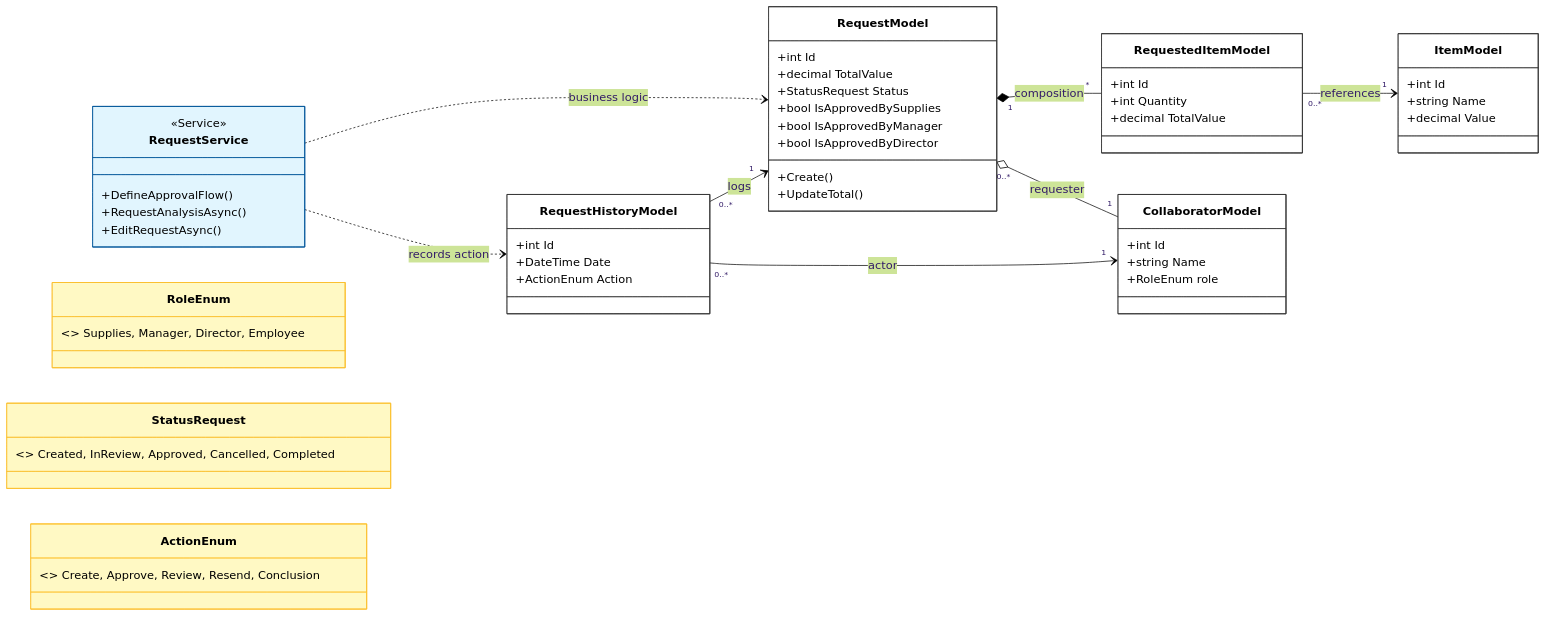
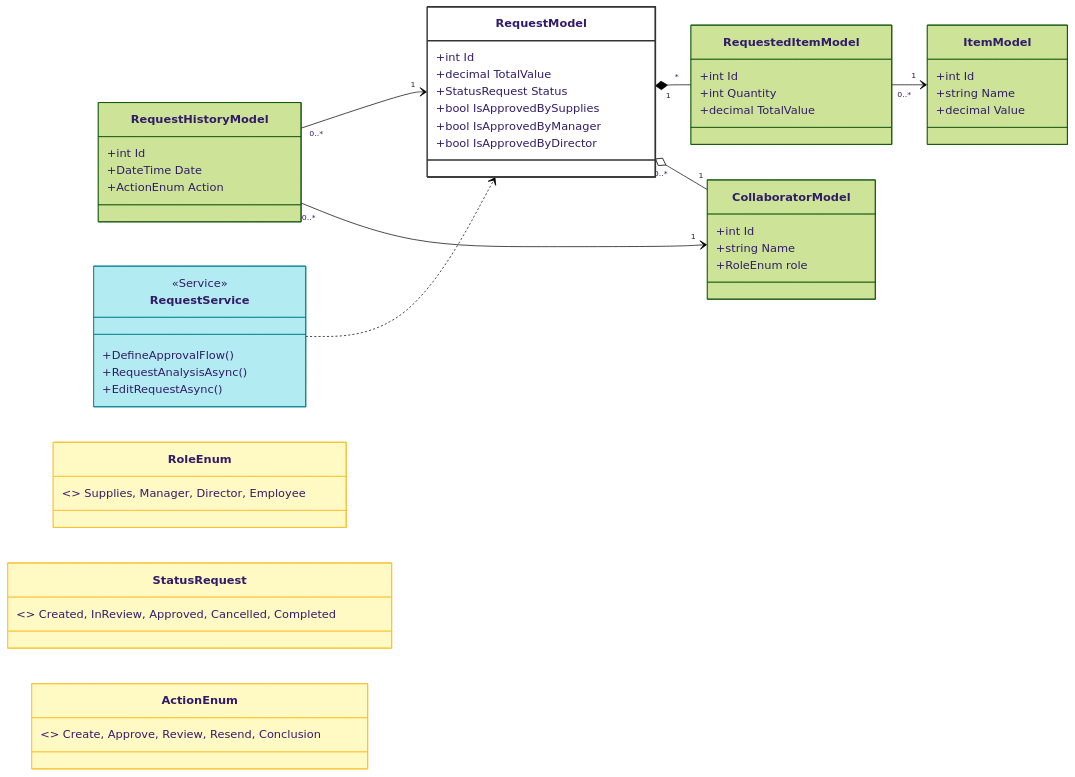
The second of 2 diagrams in README.md (PaulaMonteverde/DesafioiALL), drawn with Mermaid (forest theme) before and after one commit.

````diff
--- a/README.md
+++ b/README.md
@@ -62,76 +62,64 @@
 ```mermaid
 classDiagram
     direction LR
-
-    %% Configuração de Cores Customizadas
-    %% (Fundo branco, texto preto e bordas nítidas)
-    callback all "attr:style:fill:#ffffff,stroke:#333,stroke-width:2px,color:#000000"
 
     class CollaboratorModel {
         +int Id
         +string Name
         +RoleEnum role
     }
 
     class RequestModel {
         +int Id
         +decimal TotalValue
         +StatusRequest Status
         +bool IsApprovedBySupplies
         +bool IsApprovedByManager
         +bool IsApprovedByDirector
-        +Create() 
-        +UpdateTotal()
     }
 
     class RequestedItemModel {
         +int Id
         +int Quantity
         +decimal TotalValue
     }
 
     class ItemModel {
         +int Id
         +string Name
         +decimal Value
     }
 
     class RequestHistoryModel {
         +int Id
         +DateTime Date
         +ActionEnum Action
     }
 
     class RequestService {
         <<Service>>
         +DefineApprovalFlow()
         +RequestAnalysisAsync()
         +EditRequestAsync()
     }
 
-    %% Enums em linha para economizar espaço
+    %% Enums
     class RoleEnum { <<enumeration>> Supplies, Manager, Director, Employee }
     class StatusRequest { <<enumeration>> Created, InReview, Approved, Cancelled, Completed }
     class ActionEnum { <<enumeration>> Create, Approve, Review, Resend, Conclusion }
 
     %% Relacionamentos
-    RequestModel "1" *-- "*" RequestedItemModel : composition
-    RequestedItemModel "0..*" --> "1" ItemModel : references
-    RequestModel "0..*" o-- "1" CollaboratorModel : requester
-    RequestHistoryModel "0..*" --> "1" RequestModel : logs
-    RequestHistoryModel "0..*" --> "1" CollaboratorModel : actor
+    RequestModel "1" *-- "*" RequestedItemModel
+    RequestedItemModel "0..*" --> "1" ItemModel
+    RequestModel "0..*" o-- "1" CollaboratorModel
+    RequestHistoryModel "0..*" --> "1" RequestModel
+    RequestHistoryModel "0..*" --> "1" CollaboratorModel
+    RequestService ..> RequestModel
 
-    RequestService ..> RequestModel : business logic
-    RequestService ..> RequestHistoryModel : records action
-
-    %% Estilização manual para garantir leitura total
-    style RequestModel fill:#ffffff,stroke:#333,color:#000
-    style RequestService fill:#e1f5fe,stroke:#01579b,color:#000
-    style CollaboratorModel fill:#ffffff,stroke:#333,color:#000
-    style ItemModel fill:#ffffff,stroke:#333,color:#000
-    style RequestedItemModel fill:#ffffff,stroke:#333,color:#000
-    style RequestHistoryModel fill:#ffffff,stroke:#333,color:#000
-    style RoleEnum fill:#fff9c4,stroke:#fbc02d,color:#000
-    style StatusRequest fill:#fff9c4,stroke:#fbc02d,color:#000
-    style ActionEnum fill:#fff9c4,stroke:#fbc02d,color:#000
+    %% Estilização Simples (Compatível com GitHub)
+    style RequestModel fill:#fff,stroke:#333,stroke-width:2px
+    style RequestService fill:#b2ebf2,stroke:#00838f
+    style RoleEnum fill:#fff9c4,stroke:#fbc02d
+    style StatusRequest fill:#fff9c4,stroke:#fbc02d
+    style ActionEnum fill:#fff9c4,stroke:#fbc02d
 ```
````
